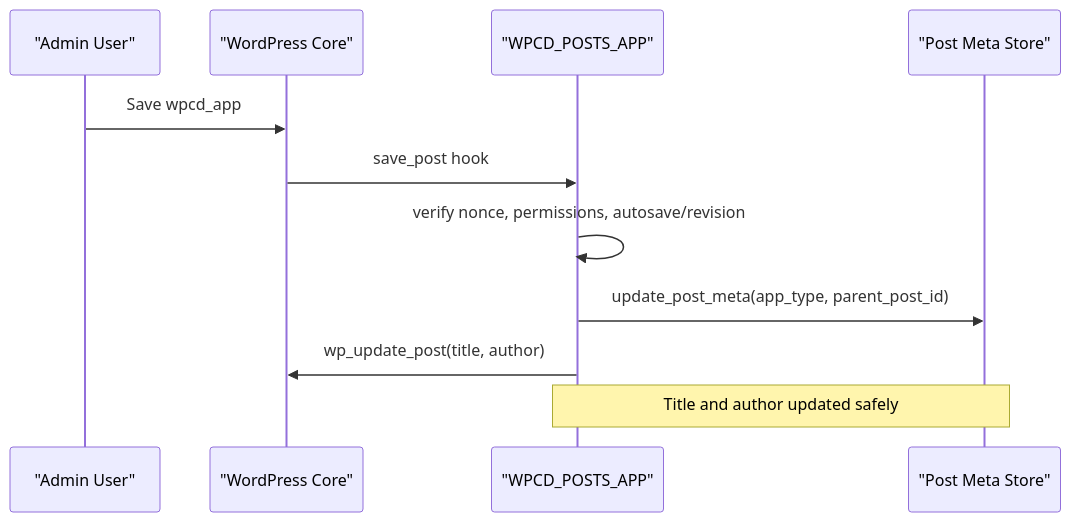
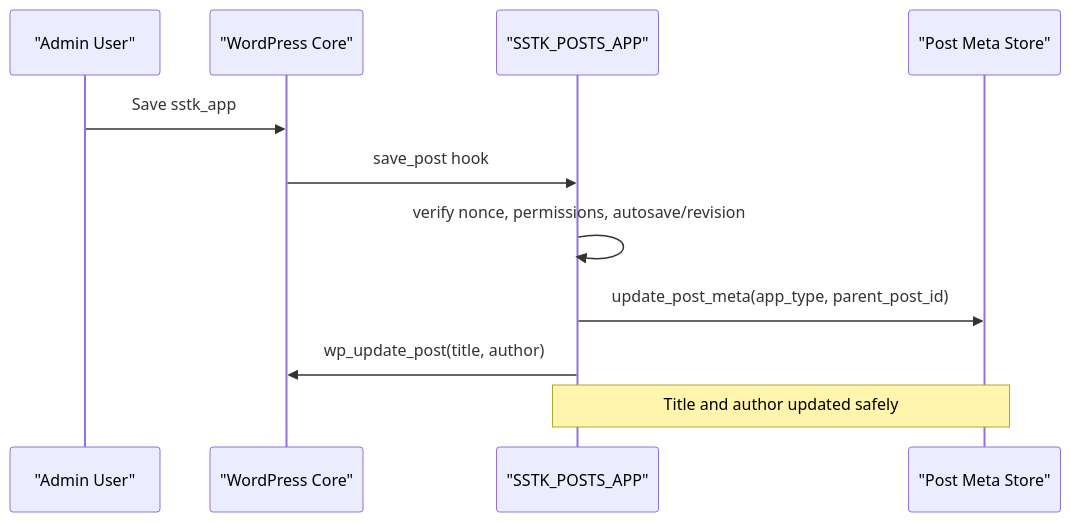
Before and after one commit to onedogsolutions/simple-stack: the fifth of 8 diagrams in .qoder/repowiki/en/content/Data Management/Custom Post Types.md, drawn with Mermaid. The commit also changed other lines of this file and 5941 other files, not shown here.

````diff
--- a/.qoder/repowiki/en/content/Data Management/Custom Post Types.md
+++ b/.qoder/repowiki/en/content/Data Management/Custom Post Types.md
@@ -260,13 +260,13 @@
 ```mermaid
 sequenceDiagram
 participant Admin as "Admin User"
 participant WP as "WordPress Core"
-participant AppCPT as "WPCD_POSTS_APP"
+participant AppCPT as "SSTK_POSTS_APP"
 participant Meta as "Post Meta Store"
-Admin->>WP : Save wpcd_app
+Admin->>WP : Save sstk_app
 WP->>AppCPT : save_post hook
 AppCPT->>AppCPT : verify nonce, permissions, autosave/revision
 AppCPT->>Meta : update_post_meta(app_type, parent_post_id)
 AppCPT->>WP : wp_update_post(title, author)
 Note over AppCPT,Meta : Title and author updated safely
 ```
````
